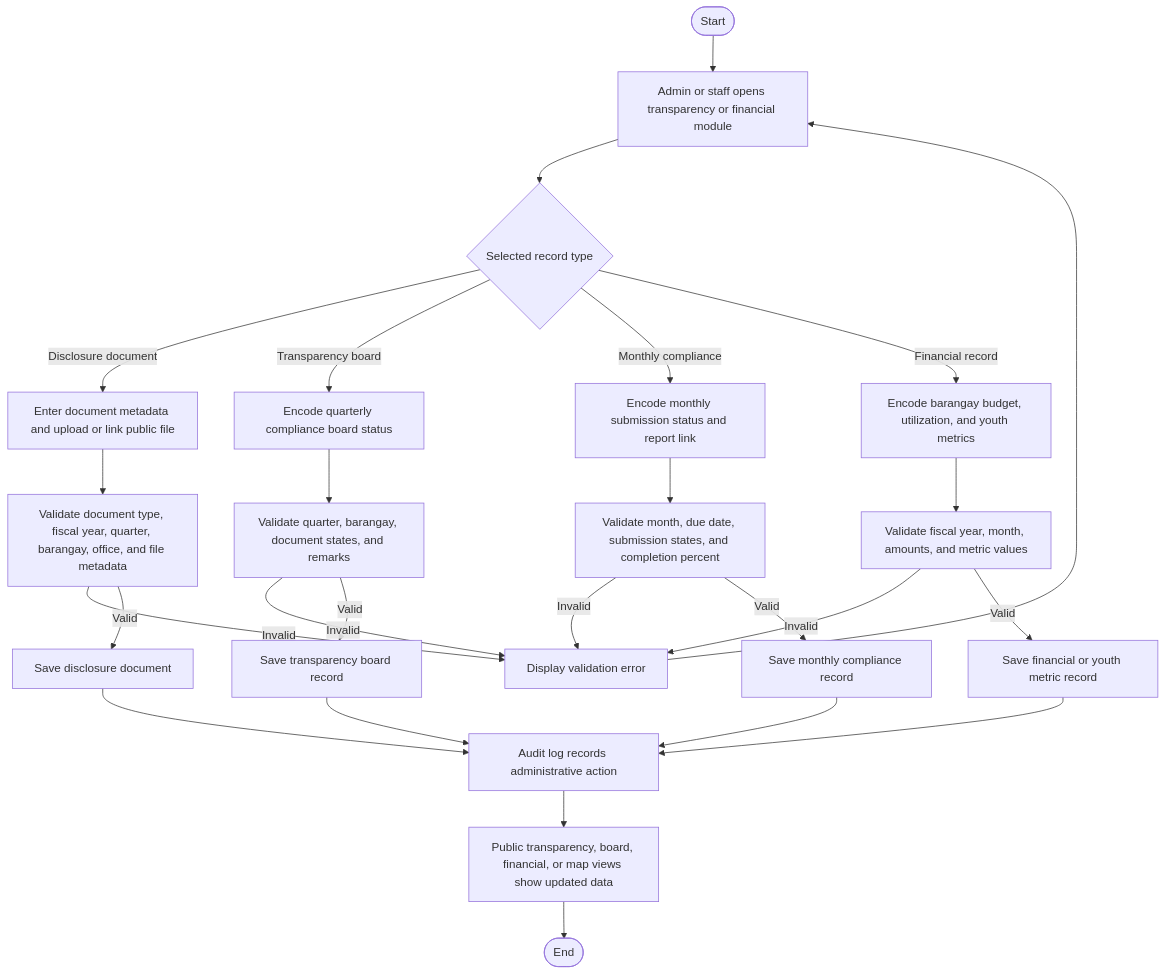
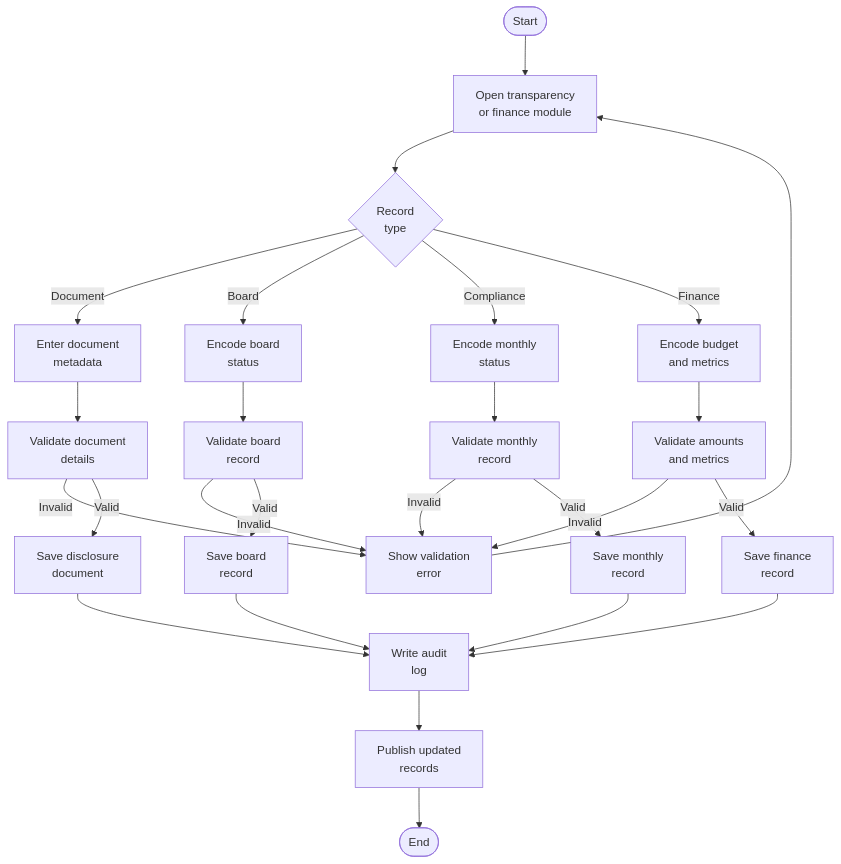
Before and after one commit to txiaoqt/activity_diagram: the sixth of 7 diagrams in 3.2.1-Activity-Diagram.md, drawn with Mermaid. The commit also changed other lines of this file, not shown here.

Commit message:
Improve activity diagram readability

````diff
--- a/3.2.1-Activity-Diagram.md
+++ b/3.2.1-Activity-Diagram.md
@@ -154,28 +157,29 @@
 ```mermaid
+%%{init: {"flowchart": {"htmlLabels": true, "nodeSpacing": 50, "rankSpacing": 55}} }%%
 flowchart TD
-    A([Start]) --> B[Admin or staff opens transparency or financial module]
-    B --> C{Selected record type}
-    C -- Disclosure document --> D[Enter document metadata and upload or link public file]
-    C -- Transparency board --> E[Encode quarterly compliance board status]
-    C -- Monthly compliance --> F[Encode monthly submission status and report link]
-    C -- Financial record --> G[Encode barangay budget, utilization, and youth metrics]
-    D --> H[Validate document type, fiscal year, quarter, barangay, office, and file metadata]
-    E --> I[Validate quarter, barangay, document states, and remarks]
-    F --> J[Validate month, due date, submission states, and completion percent]
-    G --> K[Validate fiscal year, month, amounts, and metric values]
-    H -- Invalid --> L[Display validation error]
+    A([Start]) --> B["Open transparency<br/>or finance module"]
+    B --> C{"Record<br/>type"}
+    C -- Document --> D["Enter document<br/>metadata"]
+    C -- Board --> E["Encode board<br/>status"]
+    C -- Compliance --> F["Encode monthly<br/>status"]
+    C -- Finance --> G["Encode budget<br/>and metrics"]
+    D --> H["Validate document<br/>details"]
+    E --> I["Validate board<br/>record"]
+    F --> J["Validate monthly<br/>record"]
+    G --> K["Validate amounts<br/>and metrics"]
+    H -- Invalid --> L["Show validation<br/>error"]
     I -- Invalid --> L
     J -- Invalid --> L
     K -- Invalid --> L
     L --> B
-    H -- Valid --> M[Save disclosure document]
-    I -- Valid --> N[Save transparency board record]
-    J -- Valid --> O[Save monthly compliance record]
-    K -- Valid --> P[Save financial or youth metric record]
-    M --> Q[Audit log records administrative action]
+    H -- Valid --> M["Save disclosure<br/>document"]
+    I -- Valid --> N["Save board<br/>record"]
+    J -- Valid --> O["Save monthly<br/>record"]
+    K -- Valid --> P["Save finance<br/>record"]
+    M --> Q["Write audit<br/>log"]
     N --> Q
     O --> Q
     P --> Q
-    Q --> R[Public transparency, board, financial, or map views show updated data]
+    Q --> R["Publish updated<br/>records"]
     R --> S([End])
 ```
````
